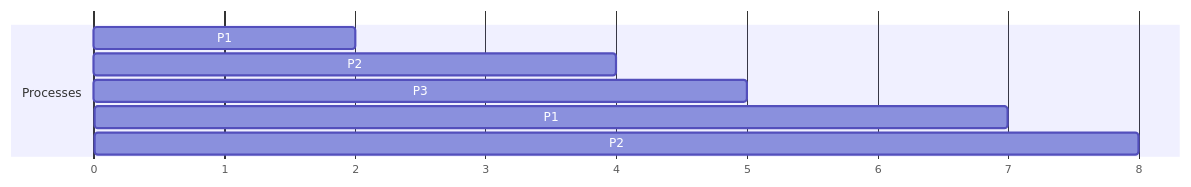
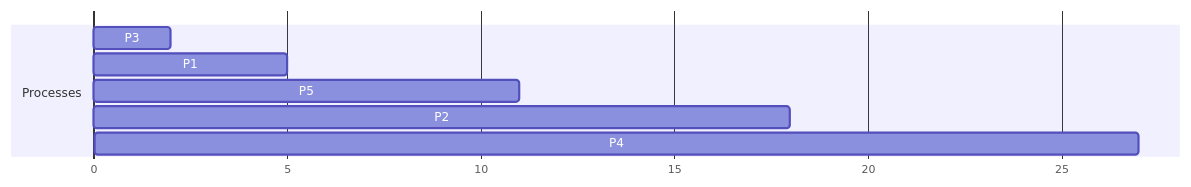
Before and after one commit to firdaceah/SisOp-2025: the first of 3 diagrams in scheduling.md, drawn with Mermaid. The commit also changed other lines of this file, not shown here.

````diff
--- a/scheduling.md
+++ b/scheduling.md
@@ -68,11 +68,11 @@
 ```mermaid
 gantt
     dateFormat  X
     axisFormat %s
     section Processes
-    P1:0,2
-    P2:2,4
-    P3:4,5
-    P1:5,7
-    P2:7,8
+    P3:0,2
+    P1:2,5
+    P5:5,11
+    P2:11,18
+    P4:18,27
 ```
````
